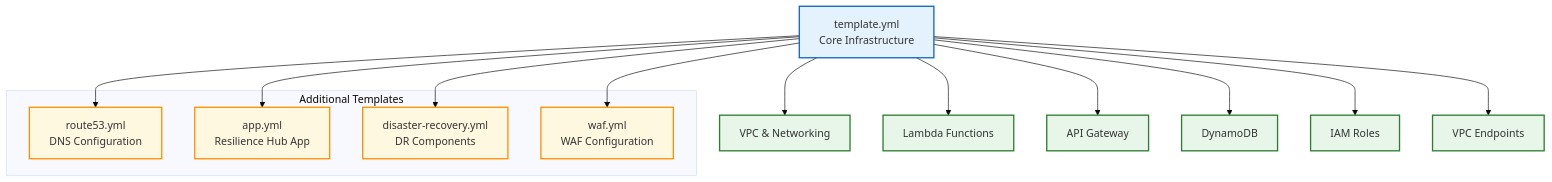
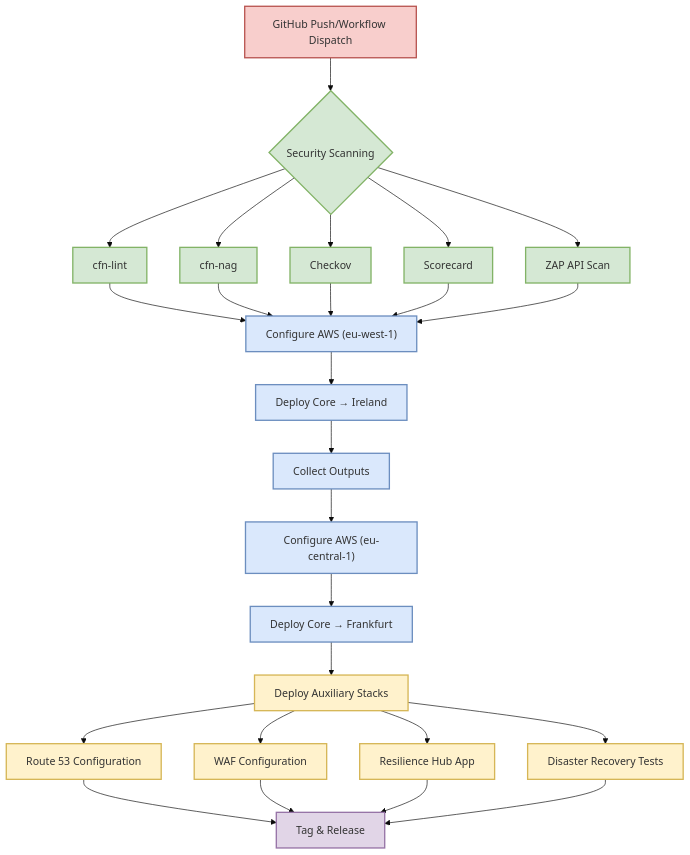
The sixth of 6 diagrams in README.md (Hack23/lambda-in-private-vpc), drawn with Mermaid (base theme) before and after one commit. The commit also changed other lines of this file, not shown here.

````diff
--- a/README.md
+++ b/README.md
@@ -469,29 +294,37 @@
 ```mermaid
-flowchart TB
-    core["template.yml<br>Core Infrastructure"] --> vpc["VPC & Networking"]
-    core --> lambda["Lambda Functions"]
-    core --> api["API Gateway"]
-    core --> dynamo["DynamoDB"]
-    core --> iam["IAM Roles"]
-    core --> endpoints["VPC Endpoints"]
+flowchart TD
+    GH_PUSH["GitHub Push/Workflow Dispatch"] --> SEC_SCAN{"Security Scanning"}
     
-    subgraph "Additional Templates"
-        route53["route53.yml<br>DNS Configuration"]
-        resiliencehub["app.yml<br>Resilience Hub App"]
-        dr["disaster-recovery.yml<br>DR Components"]
-        waf["waf.yml<br>WAF Configuration"]
-    end
+    SEC_SCAN --> CFN_LINT["cfn-lint"]
+    SEC_SCAN --> CFN_NAG["cfn-nag"]
+    SEC_SCAN --> CHECKOV["Checkov"]
+    SEC_SCAN --> SCORECARD["Scorecard"]
+    SEC_SCAN --> ZAP["ZAP API Scan"]
     
-    core --> route53
-    core --> resiliencehub
-    core --> dr
-    core --> waf
+    CFN_LINT & CFN_NAG & CHECKOV & SCORECARD & ZAP --> CONFIG_IR["Configure AWS (eu-west-1)"]
     
-    classDef core fill:#e3f2fd,stroke:#1565c0,stroke-width:2px;
-    classDef component fill:#e8f5e9,stroke:#2e7d32,stroke-width:2px;
-    classDef additional fill:#fff8e1,stroke:#ff8f00,stroke-width:2px;
+    CONFIG_IR --> DEPLOY_IR["Deploy Core → Ireland"]
+    DEPLOY_IR --> OUTPUTS["Collect Outputs"]
+    OUTPUTS --> CONFIG_FR["Configure AWS (eu-central-1)"]
+    CONFIG_FR --> DEPLOY_FR["Deploy Core → Frankfurt"]
     
-    class core core;
-    class vpc,lambda,api,dynamo,iam,endpoints component;
-    class route53,resiliencehub,dr,waf additional;
+    DEPLOY_FR --> DEPLOY_AUX["Deploy Auxiliary Stacks"]
+    DEPLOY_AUX --> DEPLOY_R53["Route 53 Configuration"]
+    DEPLOY_AUX --> DEPLOY_WAF["WAF Configuration"]
+    DEPLOY_AUX --> DEPLOY_RHB["Resilience Hub App"]
+    DEPLOY_AUX --> DEPLOY_DR["Disaster Recovery Tests"]
+    
+    DEPLOY_R53 & DEPLOY_WAF & DEPLOY_RHB & DEPLOY_DR --> TAG["Tag & Release"]
+    
+    classDef github fill:#f8cecc,stroke:#b85450,stroke-width:2px;
+    classDef security fill:#d5e8d4,stroke:#82b366,stroke-width:2px;
+    classDef deploy fill:#dae8fc,stroke:#6c8ebf,stroke-width:2px;
+    classDef auxiliary fill:#fff2cc,stroke:#d6b656,stroke-width:2px;
+    classDef release fill:#e1d5e7,stroke:#9673a6,stroke-width:2px;
+    
+    class GH_PUSH github;
+    class SEC_SCAN,CFN_LINT,CFN_NAG,CHECKOV,SCORECARD,ZAP security;
+    class CONFIG_IR,DEPLOY_IR,OUTPUTS,CONFIG_FR,DEPLOY_FR deploy;
+    class DEPLOY_AUX,DEPLOY_R53,DEPLOY_WAF,DEPLOY_RHB,DEPLOY_DR auxiliary;
+    class TAG release;
 ```
````
